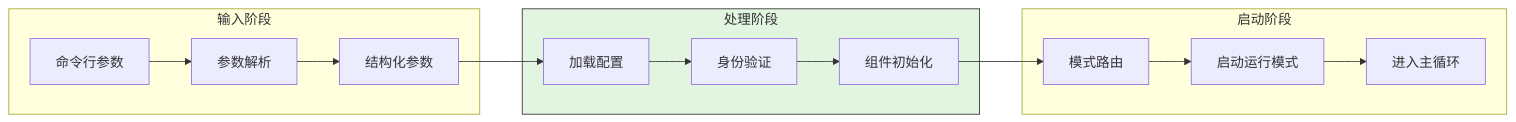
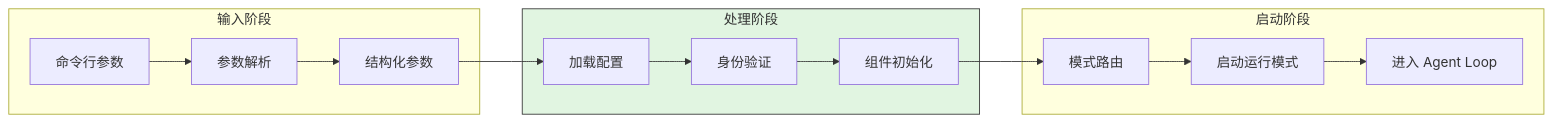
Before and after one commit to giraffe-tree/agent-base: the fourth of 9 diagrams in docs/comm/02-comm-cli-entry.md, drawn with Mermaid. The commit also changed other lines of this file and 155 other files, not shown here.

````diff
--- a/docs/comm/02-comm-cli-entry.md
+++ b/docs/comm/02-comm-cli-entry.md
@@ -241,22 +304,22 @@
 ```mermaid
 flowchart LR
     subgraph Input["输入阶段"]
         I1[命令行参数] --> I2[参数解析]
         I2 --> I3[结构化参数]
     end
 
     subgraph Process["处理阶段"]
         P1[加载配置] --> P2[身份验证]
         P2 --> P3[组件初始化]
     end
 
     subgraph Output["启动阶段"]
         O1[模式路由] --> O2[启动运行模式]
-        O2 --> O3[进入主循环]
+        O2 --> O3[进入 Agent Loop]
     end
 
     I3 --> P1
     P3 --> O1
 
     style Process fill:#e1f5e1,stroke:#333
 ```
````
